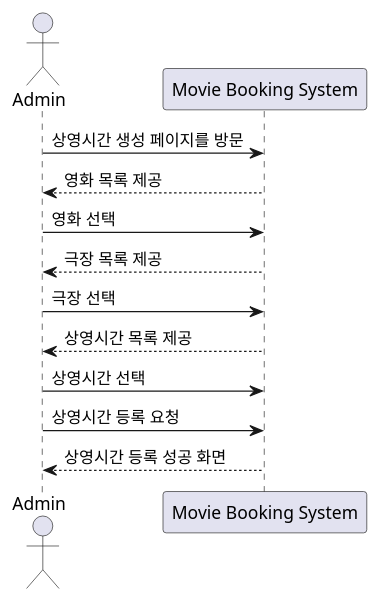
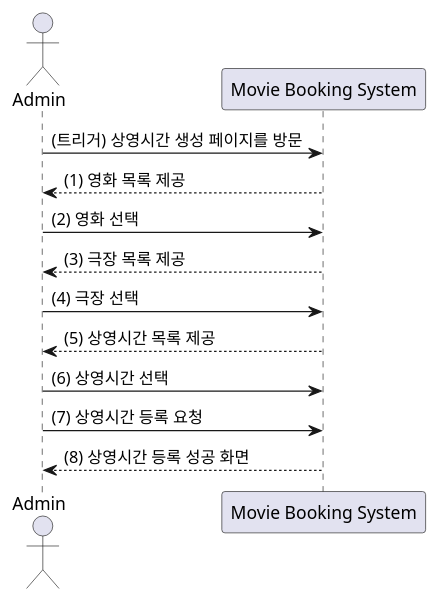
The second of 11 diagrams in _posts/2025-05-01-movie-booking-system-2.md (mannercode/mannercode.github.io), drawn with PlantUML before and after one commit. The commit also changed other lines of this file and 13 other files, not shown here.

```diff
--- a/_posts/2025-05-01-movie-booking-system-2.md
+++ b/_posts/2025-05-01-movie-booking-system-2.md
@@ -96,21 +96,21 @@
 {% plantuml %}
 @startuml
 actor Admin
 participant "Movie Booking System" as mbs
 
-Admin -> mbs: 상영시간 생성 페이지를 방문
-Admin <-- mbs: 영화 목록 제공
+Admin -> mbs: (트리거) 상영시간 생성 페이지를 방문
+Admin <-- mbs: (1) 영화 목록 제공
 
-Admin -> mbs: 영화 선택
-Admin <-- mbs: 극장 목록 제공
+Admin -> mbs: (2) 영화 선택
+Admin <-- mbs: (3) 극장 목록 제공
 
-Admin -> mbs: 극장 선택
-Admin <-- mbs: 상영시간 목록 제공
+Admin -> mbs: (4) 극장 선택
+Admin <-- mbs: (5) 상영시간 목록 제공
 
-Admin -> mbs: 상영시간 선택
+Admin -> mbs: (6) 상영시간 선택
 
-Admin -> mbs: 상영시간 등록 요청
-Admin <-- mbs: 상영시간 등록 성공 화면
+Admin -> mbs: (7) 상영시간 등록 요청
+Admin <-- mbs: (8) 상영시간 등록 성공 화면
 
 @enduml
 {% endplantuml %}
```
